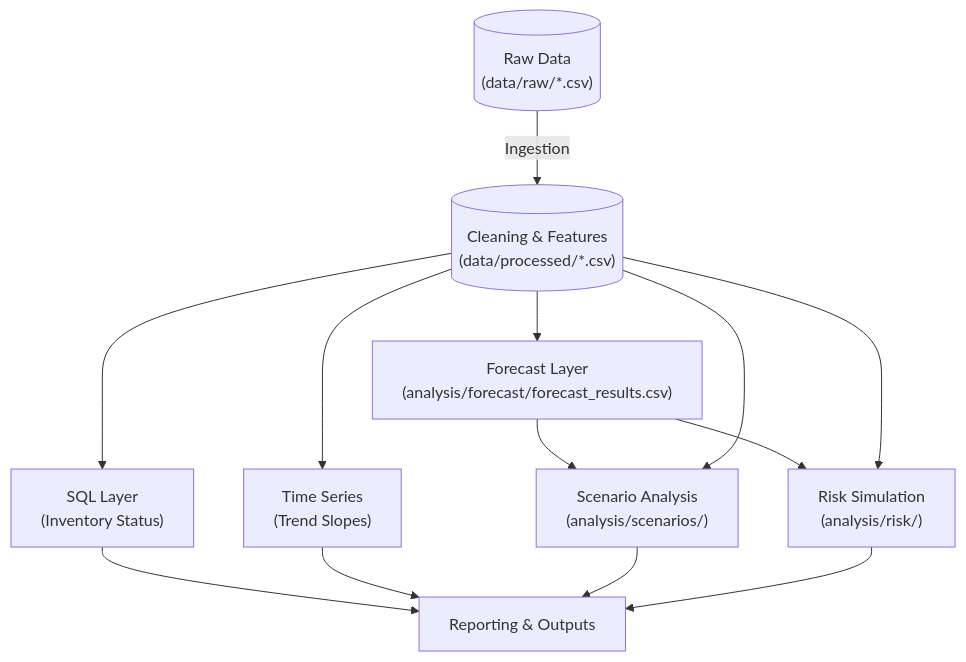
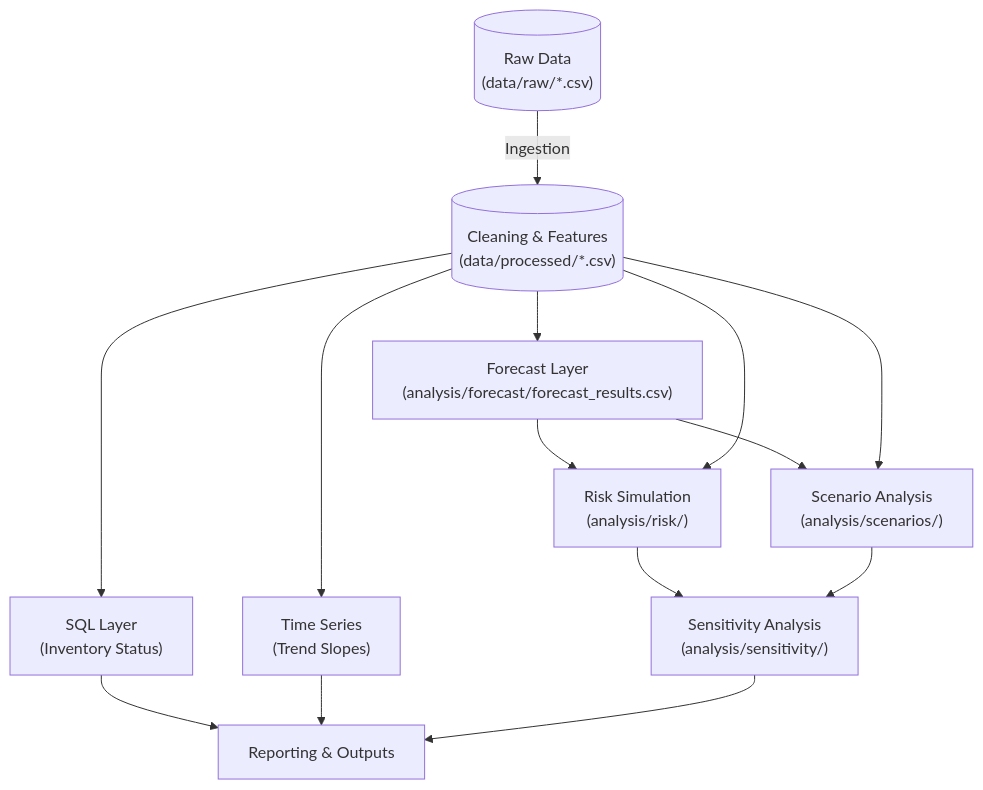
One commit to MarwanSaad20/DATA_ANALYSIS changed the diagram in dss_sales_inventory/README.md. Above: the diagram before and after it, drawn with Mermaid. The commit also changed other lines of this file and 12 other files, not shown here.

Commit message:
Week 8: Added Sensitivity Analysis Layer, outputs, visualizations, and integrated into pipeline

````diff
--- a/dss_sales_inventory/README.md
+++ b/dss_sales_inventory/README.md
@@ -114,35 +124,39 @@
 ```mermaid
 graph TD
     %% Nodes
     RAW[("Raw Data<br/>(data/raw/*.csv)")]
     CLEAN[("Cleaning & Features<br/>(data/processed/*.csv)")]
     
     SQL["SQL Layer<br/>(Inventory Status)"]
     TS["Time Series<br/>(Trend Slopes)"]
     FC["Forecast Layer<br/>(analysis/forecast/forecast_results.csv)"]
     
     SCEN["Scenario Analysis<br/>(analysis/scenarios/)"]
     RISK["Risk Simulation<br/>(analysis/risk/)"]
+    SENS["Sensitivity Analysis<br/>(analysis/sensitivity/)"]
     
     REPORT["Reporting & Outputs"]
 
     %% Flow
     RAW --> |Ingestion| CLEAN
     CLEAN --> SQL
     CLEAN --> TS
     CLEAN --> FC
     
     %% Dependencies
     FC --> SCEN
     CLEAN --> SCEN
     
     FC --> RISK
     CLEAN --> RISK
     
+    %% Sensitivity Dependencies
+    RISK --> SENS
+    SCEN --> SENS
+    
     %% Reporting
     SQL --> REPORT
     TS --> REPORT
-    SCEN --> REPORT
-    RISK --> REPORT
+    SENS --> REPORT
 
 ```
````
